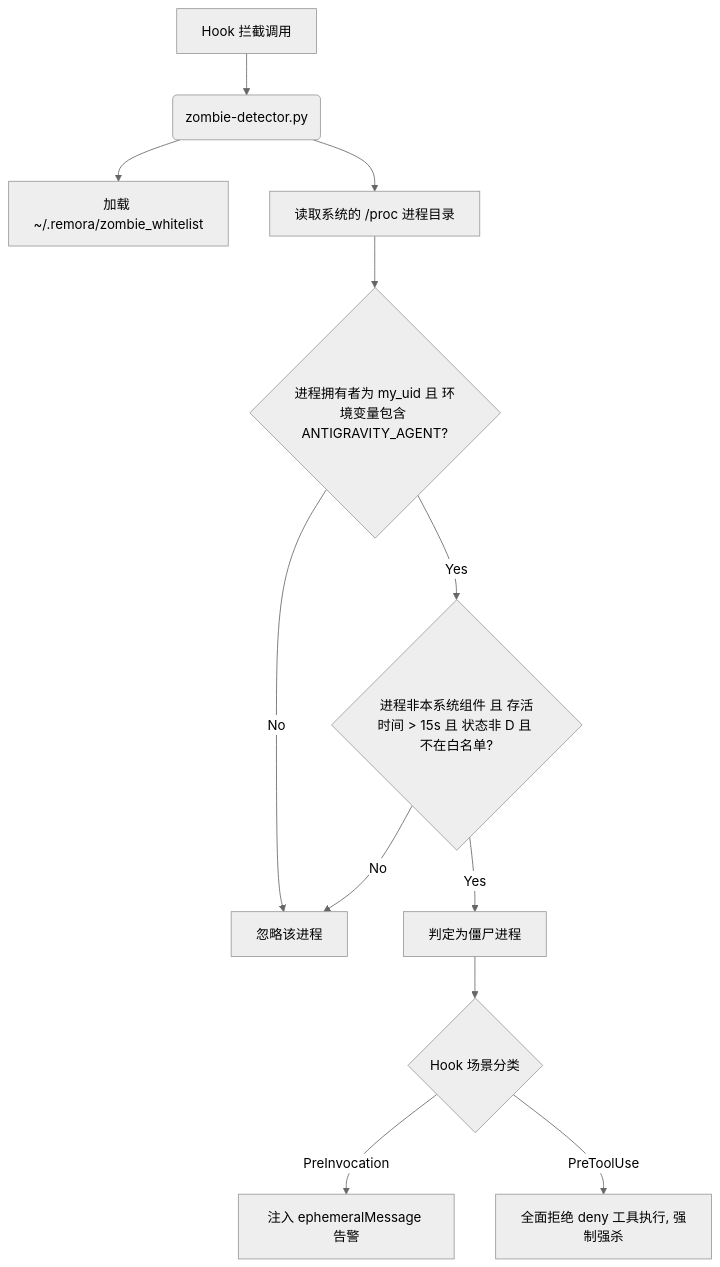
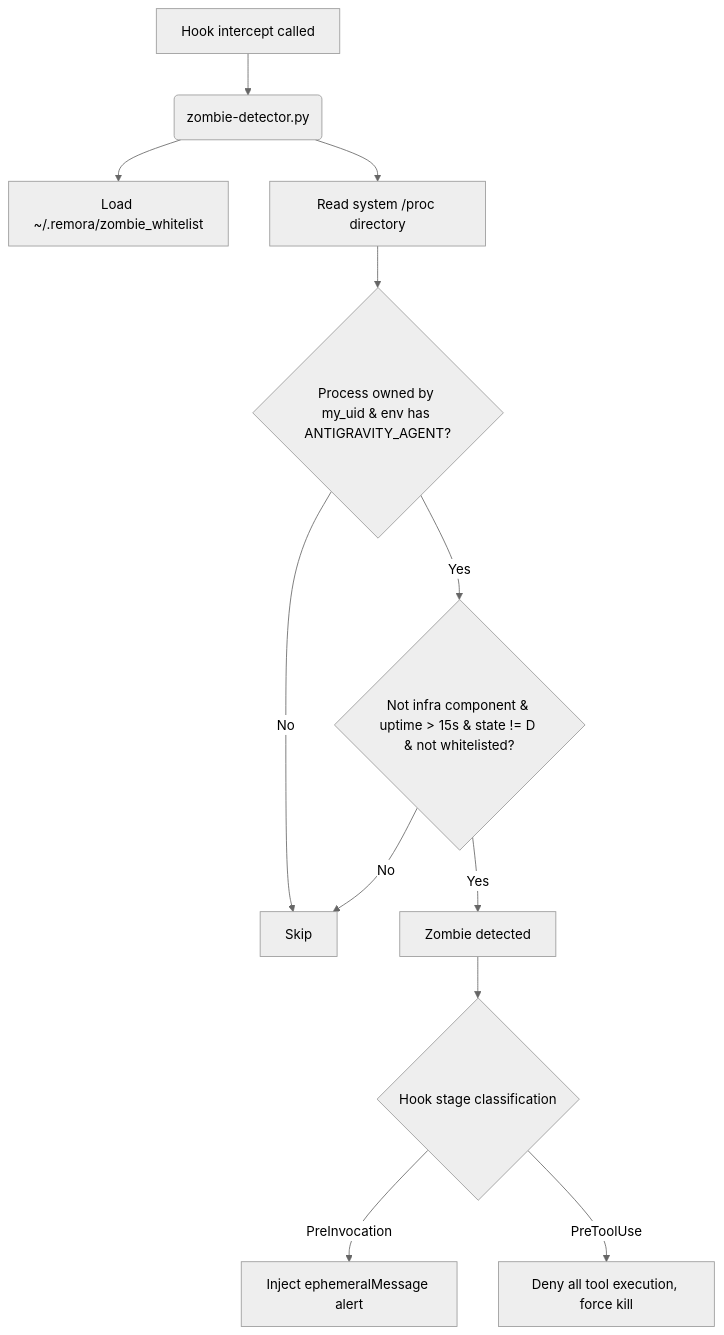
Before and after one commit to pseudoming/remora-plugin: the fifth of 11 diagrams in docs/business_flows.md, drawn with Mermaid (neutral theme). The commit also changed other lines of this file and 10 other files, not shown here.

````diff
--- a/docs/business_flows.md
+++ b/docs/business_flows.md
@@ -205,17 +207,17 @@
 ```mermaid
 flowchart TD
-    A[Hook 拦截调用] --> B(zombie-detector.py)
-    B --> C[加载 ~/.remora/zombie_whitelist]
-    B --> D[读取系统的 /proc 进程目录]
+    A[Hook intercept called] --> B(zombie-detector.py)
+    B --> C[Load ~/.remora/zombie_whitelist]
+    B --> D[Read system /proc directory]
     
-    D --> E{进程拥有者为 my_uid 且 环境变量包含 ANTIGRAVITY_AGENT?}
-    E -->|Yes| F{进程非本系统组件 且 存活时间 > 15s 且 状态非 D 且 不在白名单?}
-    E -->|No| Skip[忽略该进程]
+    D --> E{Process owned by my_uid & env has ANTIGRAVITY_AGENT?}
+    E -->|Yes| F{Not infra component & uptime > 15s & state != D & not whitelisted?}
+    E -->|No| Skip[Skip]
     
-    F -->|Yes| Zombie[判定为僵尸进程]
+    F -->|Yes| Zombie[Zombie detected]
     F -->|No| Skip
     
-    Zombie --> G{Hook 场景分类}
-    G -->|PreInvocation| H[注入 ephemeralMessage 告警]
-    G -->|PreToolUse| I[全面拒绝 deny 工具执行, 强制强杀]
+    Zombie --> G{Hook stage classification}
+    G -->|PreInvocation| H[Inject ephemeralMessage alert]
+    G -->|PreToolUse| I[Deny all tool execution, force kill]
 ```
````
